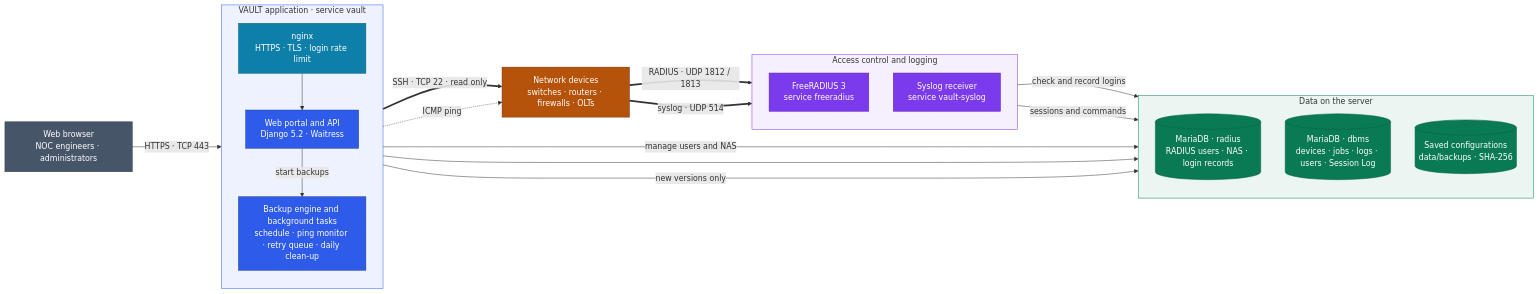
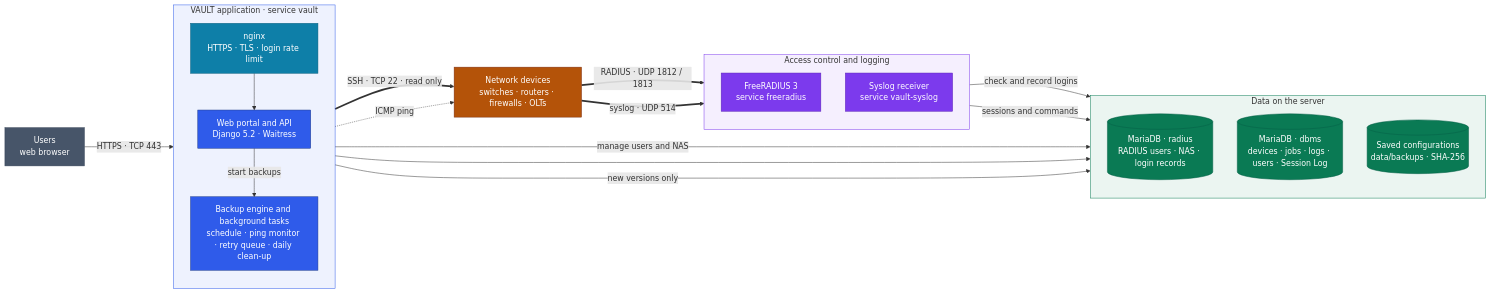
Before and after one commit to ahsanulhaqueromman/BdREN-VAULT: the diagram in README.md, drawn with Mermaid.

Commit message:
README diagram: label the first box Users

````diff
--- a/README.md
+++ b/README.md
@@ -130,55 +130,55 @@
 ```mermaid
 flowchart LR
-    Browser["Web browser<br/>NOC engineers · administrators"]
+    Browser["Users<br/>web browser"]
 
     subgraph APP["VAULT application · service vault"]
         direction TB
         Nginx["nginx<br/>HTTPS · TLS · login rate limit"]
         Web["Web portal and API<br/>Django 5.2 · Waitress"]
         Engine["Backup engine and background tasks<br/>schedule · ping monitor · retry queue · daily clean-up"]
         Nginx --> Web
         Web -->|"start backups"| Engine
     end
 
     Dev["Network devices<br/>switches · routers · firewalls · OLTs"]
 
     subgraph AAA["Access control and logging"]
         direction TB
         FR["FreeRADIUS 3<br/>service freeradius"]
         Syslog["Syslog receiver<br/>service vault-syslog"]
     end
 
     subgraph DATA["Data on the server"]
         direction TB
         RAD[("MariaDB · radius<br/>RADIUS users · NAS · login records")]
         DBMS[("MariaDB · dbms<br/>devices · jobs · logs · users · Session Log")]
         Files[("Saved configurations<br/>data/backups · SHA-256")]
     end
 
     Browser -->|"HTTPS · TCP 443"| Nginx
     Engine ==>|"SSH · TCP 22 · read only"| Dev
     Engine -.->|"ICMP ping"| Dev
     Dev ==>|"RADIUS · UDP 1812 / 1813"| FR
     Dev ==>|"syslog · UDP 514"| Syslog
     FR -->|"check and record logins"| RAD
     Syslog -->|"sessions and commands"| DBMS
     Web -->|"manage users and NAS"| RAD
     Web --> DBMS
     Engine -->|"new versions only"| Files
 
     classDef user fill:#475569,stroke:#334155,color:#ffffff
     classDef edge fill:#0e7fa8,stroke:#0b5f7d,color:#ffffff
     classDef app fill:#2f5bea,stroke:#1e3a8a,color:#ffffff
     classDef aaa fill:#7c3aed,stroke:#5b21b6,color:#ffffff
     classDef store fill:#0a7a54,stroke:#065f46,color:#ffffff
     classDef device fill:#b45309,stroke:#7c2d12,color:#ffffff
     class Browser user
     class Nginx edge
     class Web,Engine app
     class FR,Syslog aaa
     class DBMS,RAD,Files store
     class Dev device
     style APP fill:#2f5bea14,stroke:#2f5bea,stroke-width:1px
     style AAA fill:#7c3aed14,stroke:#7c3aed,stroke-width:1px
     style DATA fill:#0a7a5414,stroke:#0a7a54,stroke-width:1px
 ```
````
